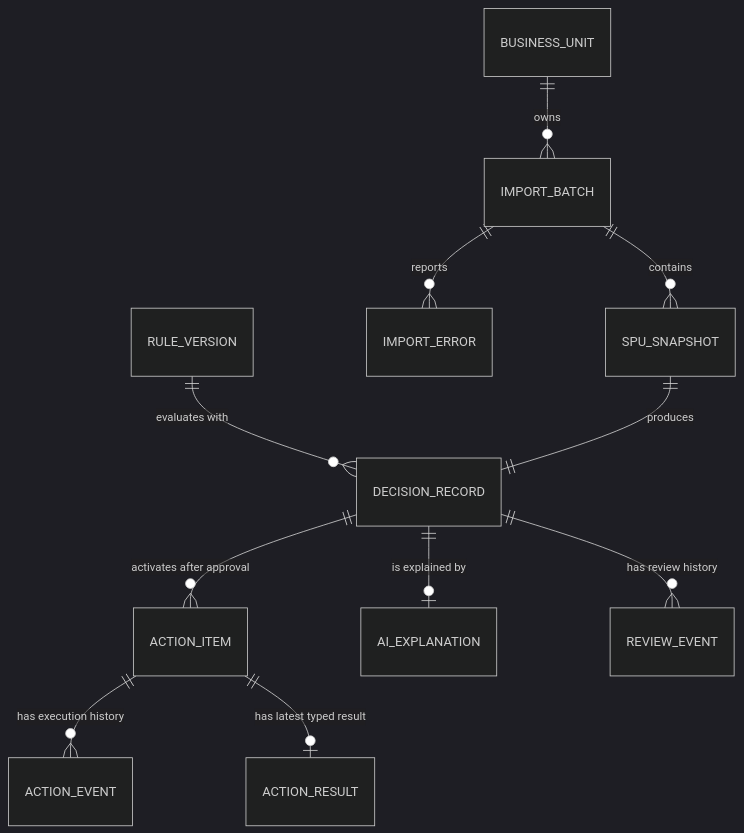
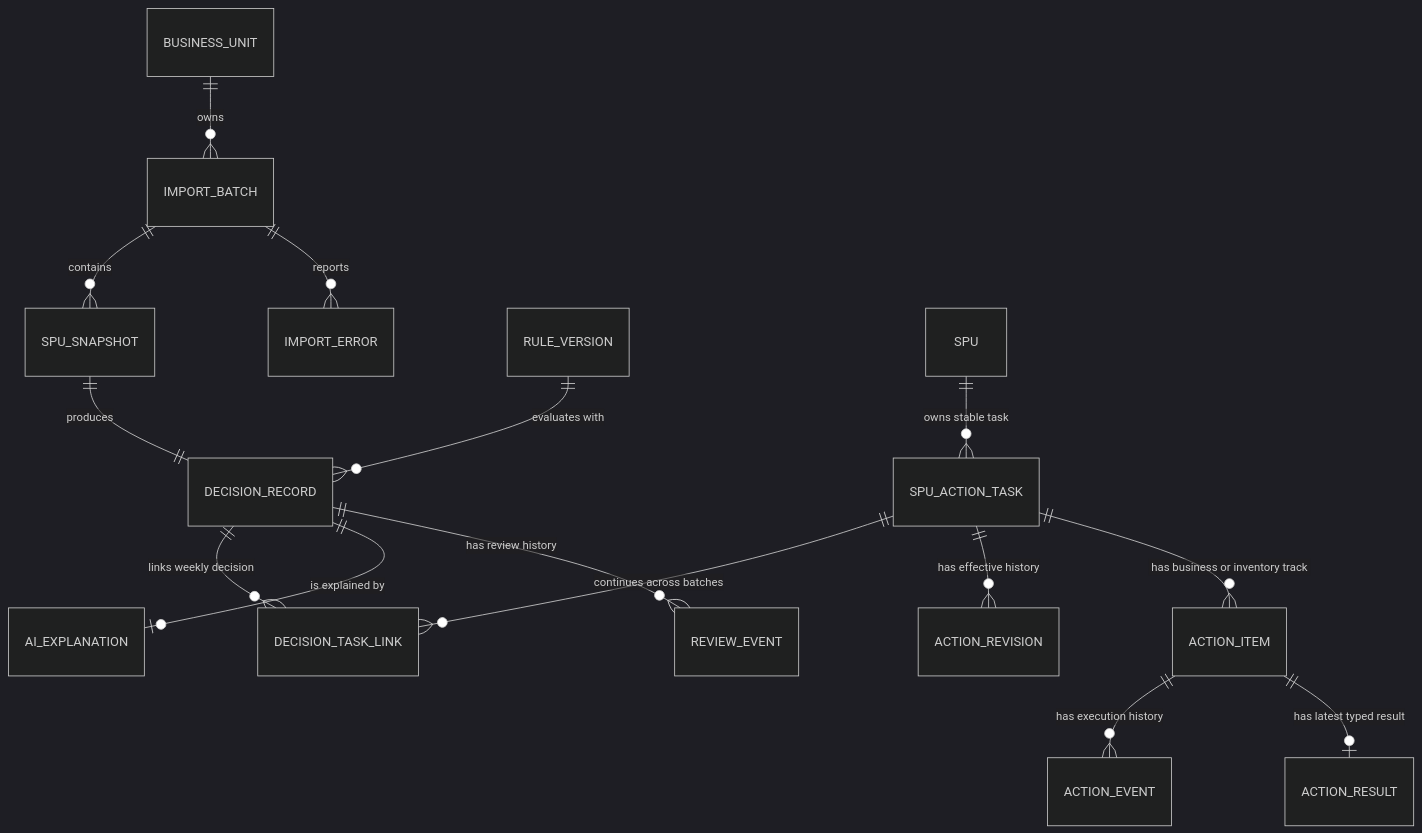
Before and after one commit to johnsonsmilequran/profit-decision-engine: the first of 7 diagrams in 趣然AI商品经营利润决策助手/output/PRD详细版.md, drawn with Mermaid (dark theme). The commit also changed other lines of this file and 16 other files, not shown here.

````diff
--- a/趣然AI商品经营利润决策助手/output/PRD详细版.md
+++ b/趣然AI商品经营利润决策助手/output/PRD详细版.md
@@ -342,13 +343,17 @@
 ```mermaid
 erDiagram
     BUSINESS_UNIT ||--o{ IMPORT_BATCH : "owns"
     IMPORT_BATCH ||--o{ SPU_SNAPSHOT : "contains"
     IMPORT_BATCH ||--o{ IMPORT_ERROR : "reports"
     RULE_VERSION ||--o{ DECISION_RECORD : "evaluates with"
     SPU_SNAPSHOT ||--|| DECISION_RECORD : "produces"
-    DECISION_RECORD ||--o{ ACTION_ITEM : "activates after approval"
+    SPU ||--o{ SPU_ACTION_TASK : "owns stable task"
+    DECISION_RECORD ||--o{ DECISION_TASK_LINK : "links weekly decision"
+    SPU_ACTION_TASK ||--o{ DECISION_TASK_LINK : "continues across batches"
+    SPU_ACTION_TASK ||--o{ ACTION_REVISION : "has effective history"
+    SPU_ACTION_TASK ||--o{ ACTION_ITEM : "has business or inventory track"
     DECISION_RECORD ||--o| AI_EXPLANATION : "is explained by"
     DECISION_RECORD ||--o{ REVIEW_EVENT : "has review history"
     ACTION_ITEM ||--o{ ACTION_EVENT : "has execution history"
     ACTION_ITEM ||--o| ACTION_RESULT : "has latest typed result"
 ```
````
